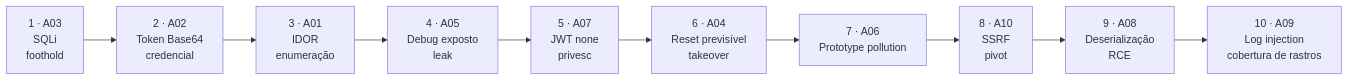
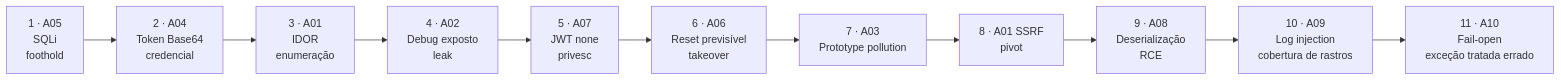
One commit to Afrosamurailocks/CyberShield-DevSec-Academy changed the diagram in README.md. Above: the diagram before and after it, drawn with Mermaid. The commit also changed other lines of this file and 49 other files, not shown here.

````diff
--- a/README.md
+++ b/README.md
@@ -133,12 +137,13 @@
 ```mermaid
 flowchart LR
-  A03["1 · A03<br/>SQLi<br/>foothold"] --> A02["2 · A02<br/>Token Base64<br/>credencial"]
-  A02 --> A01["3 · A01<br/>IDOR<br/>enumeração"]
-  A01 --> A05["4 · A05<br/>Debug exposto<br/>leak"]
-  A05 --> A07["5 · A07<br/>JWT none<br/>privesc"]
-  A07 --> A04["6 · A04<br/>Reset previsível<br/>takeover"]
-  A04 --> A06["7 · A06<br/>Prototype pollution"]
-  A06 --> A10["8 · A10<br/>SSRF<br/>pivot"]
-  A10 --> A08["9 · A08<br/>Deserialização<br/>RCE"]
+  A05["1 · A05<br/>SQLi<br/>foothold"] --> A04["2 · A04<br/>Token Base64<br/>credencial"]
+  A04 --> A01["3 · A01<br/>IDOR<br/>enumeração"]
+  A01 --> A02["4 · A02<br/>Debug exposto<br/>leak"]
+  A02 --> A07["5 · A07<br/>JWT none<br/>privesc"]
+  A07 --> A06["6 · A06<br/>Reset previsível<br/>takeover"]
+  A06 --> A03["7 · A03<br/>Prototype pollution"]
+  A03 --> SSRF["8 · A01 SSRF<br/>pivot"]
+  SSRF --> A08["9 · A08<br/>Deserialização<br/>RCE"]
   A08 --> A09["10 · A09<br/>Log injection<br/>cobertura de rastros"]
+  A09 --> A10["11 · A10<br/>Fail-open<br/>exceção tratada errado"]
 ```
````
